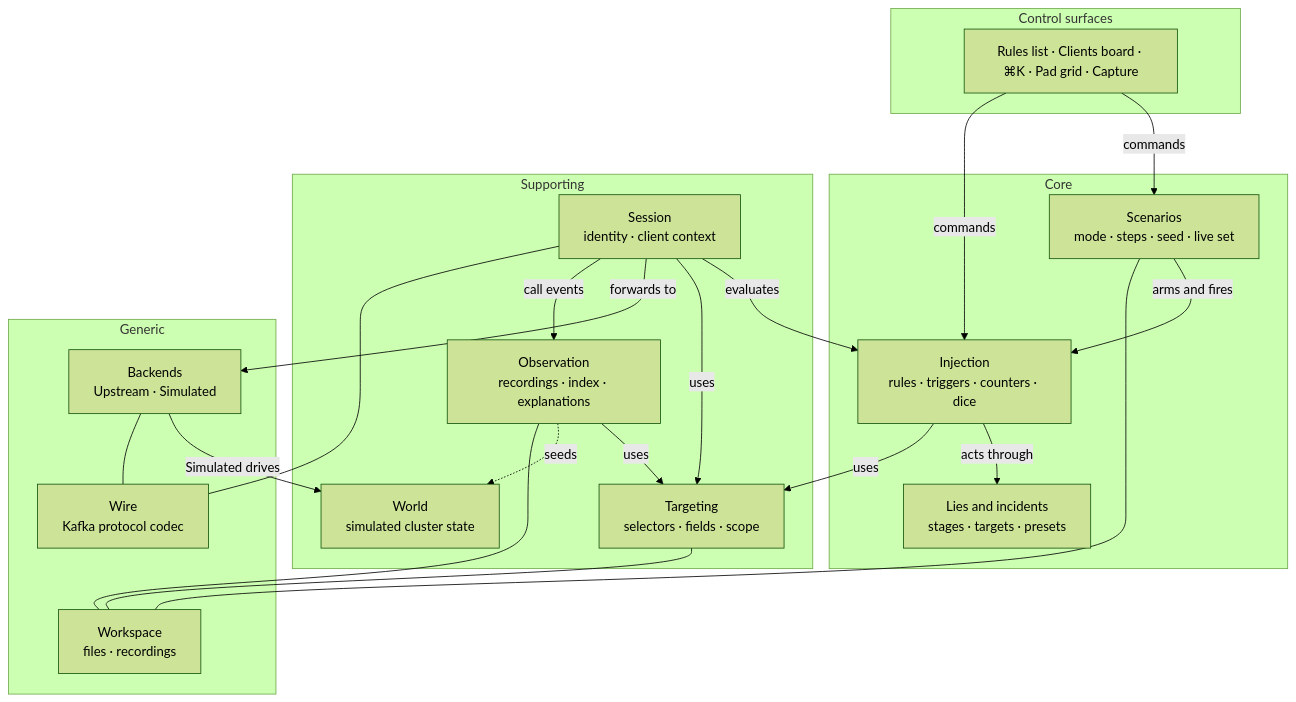
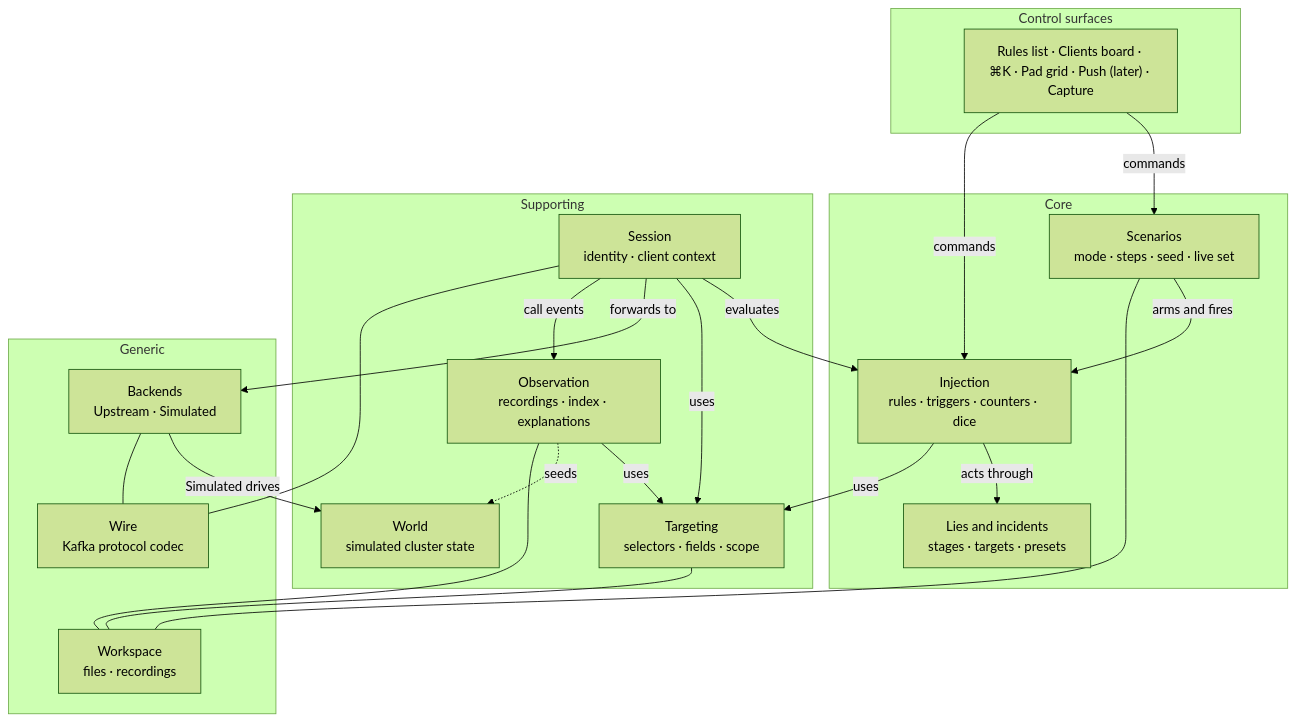
Before and after one commit to cruxy-eu/gaslightmq: the diagram in docs/specs/townplan/README.md, drawn with Mermaid (forest theme). The commit also changed other lines of this file, not shown here.

````diff
--- a/docs/specs/townplan/README.md
+++ b/docs/specs/townplan/README.md
@@ -9,43 +9,43 @@
 ```mermaid
 flowchart TB
   subgraph surfaces["Control surfaces"]
-    CS["Rules list · Clients board · ⌘K · Pad grid · Capture"]
+    CS["Rules list · Clients board · ⌘K · Pad grid · Push (later) · Capture"]
   end
 
   subgraph core["Core"]
     SC["Scenarios<br/>mode · steps · seed · live set"]
     IN["Injection<br/>rules · triggers · counters · dice"]
     LI["Lies and incidents<br/>stages · targets · presets"]
   end
 
   subgraph support["Supporting"]
     TG["Targeting<br/>selectors · fields · scope"]
     SE["Session<br/>identity · client context"]
     OB["Observation<br/>recordings · index · explanations"]
     WO["World<br/>simulated cluster state"]
   end
 
   subgraph generic["Generic"]
     BE["Backends<br/>Upstream · Simulated"]
     WI["Wire<br/>Kafka protocol codec"]
     ST["Workspace<br/>files · recordings"]
   end
 
   CS -->|commands| SC
   CS -->|commands| IN
   SC -->|arms and fires| IN
   IN -->|acts through| LI
   IN -->|uses| TG
   SE -->|evaluates| IN
   SE -->|uses| TG
   SE -->|forwards to| BE
   BE -->|Simulated drives| WO
   SE -->|call events| OB
   OB -->|uses| TG
   OB -.->|seeds| WO
   SE --- WI
   BE --- WI
   SC --- ST
   TG --- ST
   OB --- ST
 ```
````
